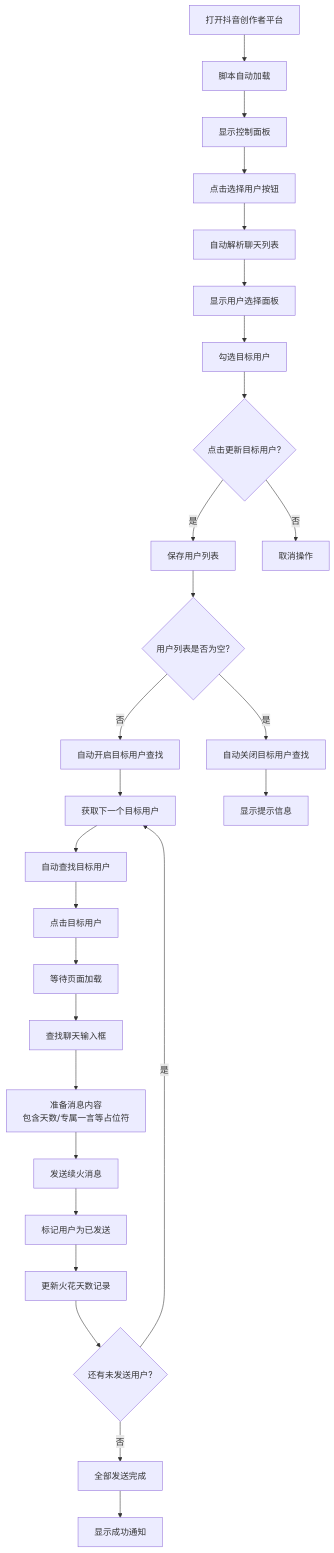
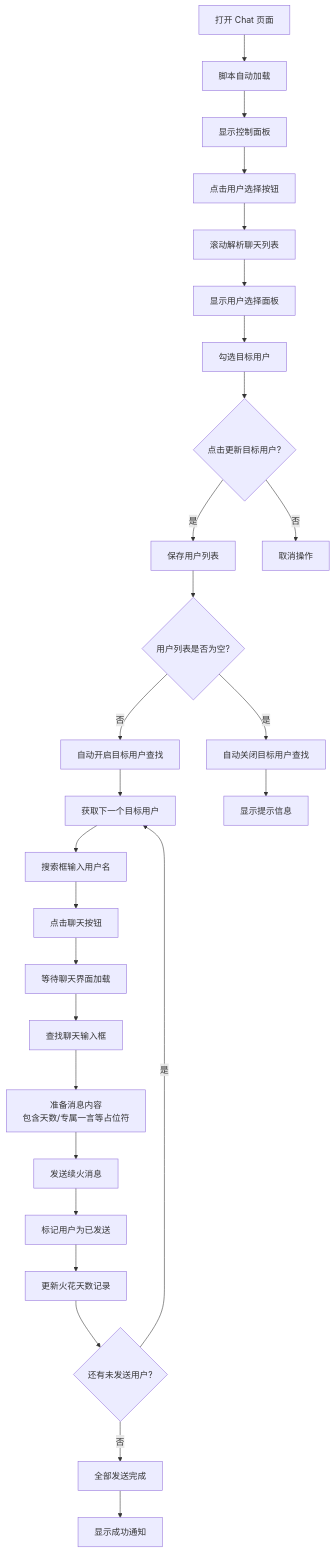
Before and after one commit to dr-190/ScriptCat-Douyin-Fire-Helper: the diagram in README.md, drawn with Mermaid. The commit also changed other lines of this file and 1 other file, not shown here.

````diff
--- a/README.md
+++ b/README.md
@@ -71,29 +83,29 @@
 ```mermaid
 graph TD
-    A[打开抖音创作者平台] --> B[脚本自动加载]
+    A[打开 Chat 页面] --> B[脚本自动加载]
     B --> C[显示控制面板]
-    C --> D[点击选择用户按钮]
-    D --> E[自动解析聊天列表]
+    C --> D[点击用户选择按钮]
+    D --> E[滚动解析聊天列表]
     E --> F[显示用户选择面板]
     F --> G[勾选目标用户]
     G --> H{点击更新目标用户?}
     H -->|是| I[保存用户列表]
     H -->|否| J[取消操作]
     I --> K{用户列表是否为空?}
     K -->|是| L[自动关闭目标用户查找]
     K -->|否| M[自动开启目标用户查找]
     M --> N[获取下一个目标用户]
-    N --> O[自动查找目标用户]
-    O --> P[点击目标用户]
-    P --> Q[等待页面加载]
+    N --> O[搜索框输入用户名]
+    O --> P[点击聊天按钮]
+    P --> Q[等待聊天界面加载]
     Q --> R[查找聊天输入框]
     R --> S[准备消息内容<br/>包含天数/专属一言等占位符]
     S --> T[发送续火消息]
     T --> U[标记用户为已发送]
     U --> V[更新火花天数记录]
     V --> W{还有未发送用户?}
     W -->|是| N
     W -->|否| X[全部发送完成]
     X --> Y[显示成功通知]
     L --> Z[显示提示信息]
 ```
````
